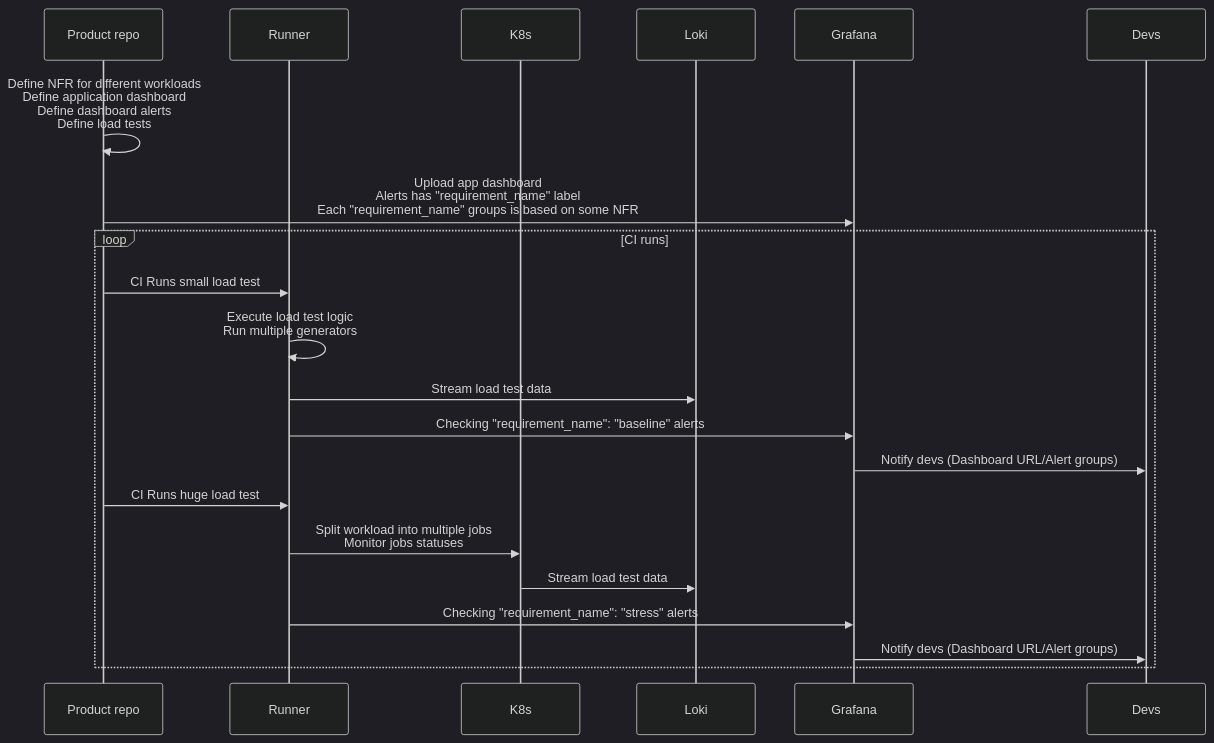
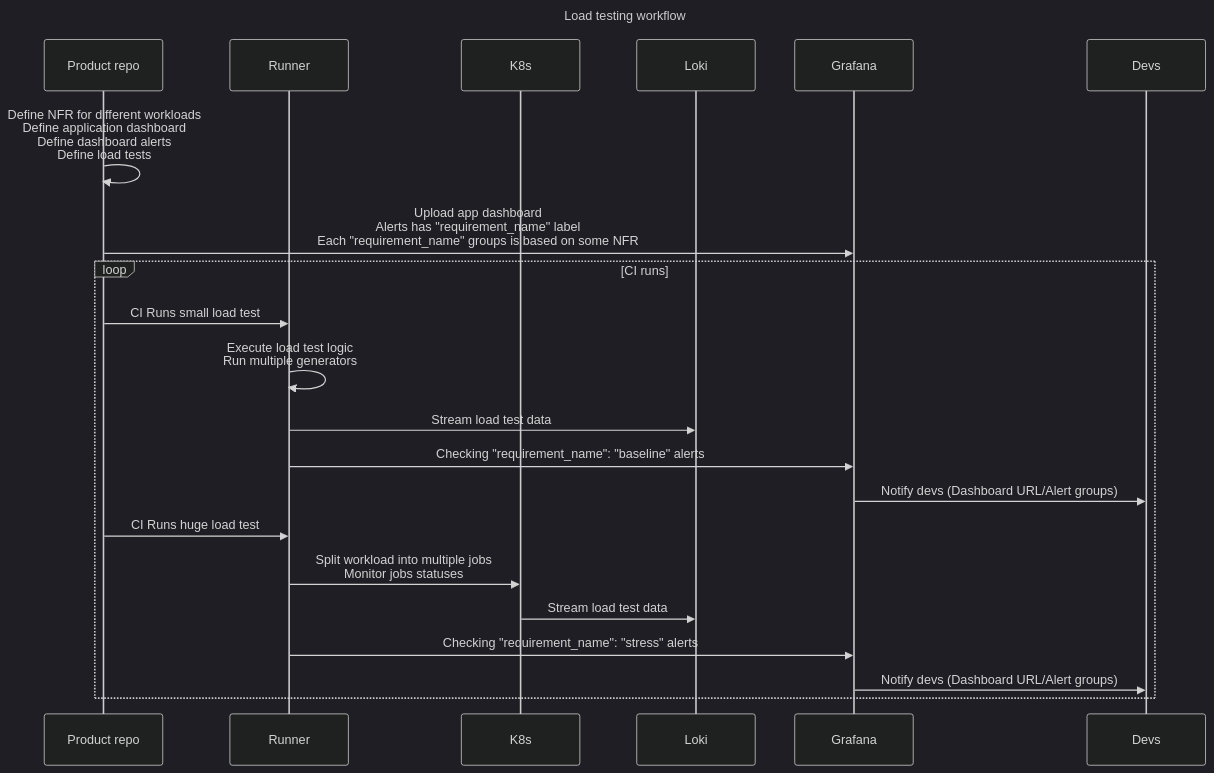
One commit to smartcontractkit/wasp changed the third of 3 diagrams in TUTORIAL.md. Above: the diagram before and after it, drawn with Mermaid (dark theme). The commit also changed other lines of this file, not shown here.

Commit message:
add RFC diagrams

````diff
--- a/TUTORIAL.md
+++ b/TUTORIAL.md
@@ -34,23 +101,26 @@
 ```mermaid
+---
+title: Load testing workflow
+---
 sequenceDiagram
     participant Product repo
     participant Runner
     participant K8s
     participant Loki
     participant Grafana
     participant Devs
     Product repo->>Product repo: Define NFR for different workloads<br/>Define application dashboard<br/>Define dashboard alerts<br/>Define load tests
     Product repo->>Grafana: Upload app dashboard<br/>Alerts has "requirement_name" label<br/>Each "requirement_name" groups is based on some NFR
     loop CI runs
     Product repo->>Runner: CI Runs small load test
     Runner->>Runner: Execute load test logic<br/>Run multiple generators
     Runner->>Loki: Stream load test data
     Runner->>Grafana: Checking "requirement_name": "baseline" alerts
     Grafana->>Devs: Notify devs (Dashboard URL/Alert groups)
     Product repo->>Runner: CI Runs huge load test
     Runner->>K8s: Split workload into multiple jobs<br/>Monitor jobs statuses
     K8s->>Loki: Stream load test data
     Runner->>Grafana: Checking "requirement_name": "stress" alerts
     Grafana->>Devs: Notify devs (Dashboard URL/Alert groups)
     end
 ```
````
